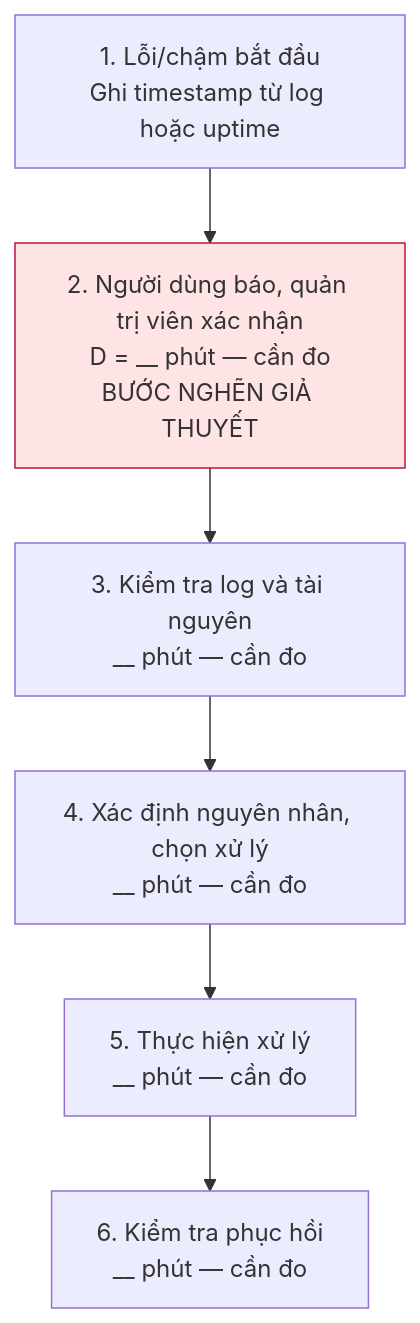
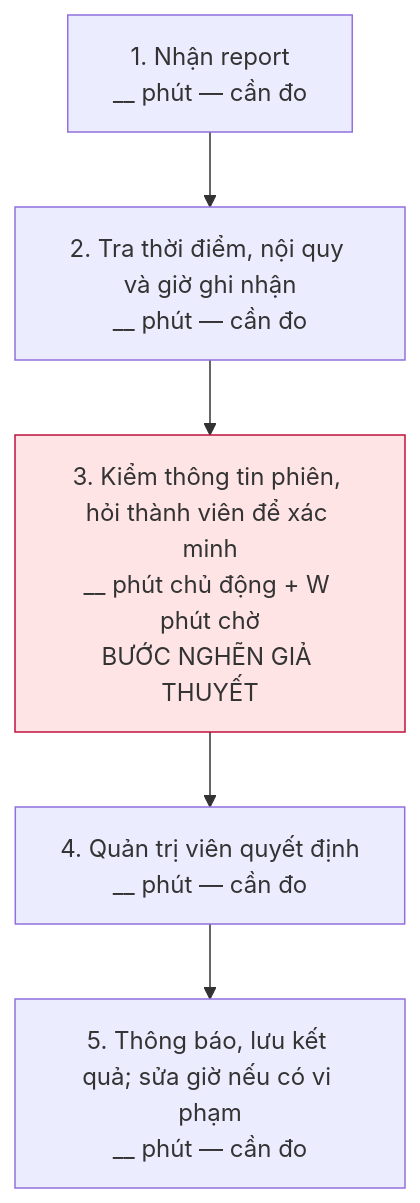
Before and after one commit to TuHoAnh/K5-L3B-DAY02-VanMinh-DiscoveryProblemFraming: the third of 3 diagrams in report/individual/2A202603819_LeThanhTung.md, drawn with Mermaid. The commit also changed other lines of this file and 1 other file, not shown here.

````diff
--- a/report/individual/2A202603819_LeThanhTung.md
+++ b/report/individual/2A202603819_LeThanhTung.md
@@ -122,9 +122,8 @@
 ```mermaid
 flowchart TD
-  A["1. Lỗi/chậm bắt đầu<br/>Ghi timestamp từ log hoặc uptime"] --> B["2. Người dùng báo, quản trị viên xác nhận<br/>D = __ phút — cần đo<br/>BƯỚC NGHẼN GIẢ THUYẾT"]
-  B --> C["3. Kiểm tra log và tài nguyên<br/>__ phút — cần đo"]
-  C --> D["4. Xác định nguyên nhân, chọn xử lý<br/>__ phút — cần đo"]
-  D --> E["5. Thực hiện xử lý<br/>__ phút — cần đo"]
-  E --> F["6. Kiểm tra phục hồi<br/>__ phút — cần đo"]
-  style B fill:#ffe4e6,stroke:#be123c
+  A["1. Nhận report<br/>__ phút — cần đo"] --> B["2. Tra thời điểm, nội quy và giờ ghi nhận<br/>__ phút — cần đo"]
+  B --> C["3. Kiểm thông tin phiên, hỏi thành viên để xác minh<br/>__ phút chủ động + W phút chờ<br/>BƯỚC NGHẼN GIẢ THUYẾT"]
+  C --> D["4. Quản trị viên quyết định<br/>__ phút — cần đo"]
+  D --> E["5. Thông báo, lưu kết quả; sửa giờ nếu có vi phạm<br/>__ phút — cần đo"]
+  style C fill:#ffe4e6,stroke:#be123c
 ```
````
